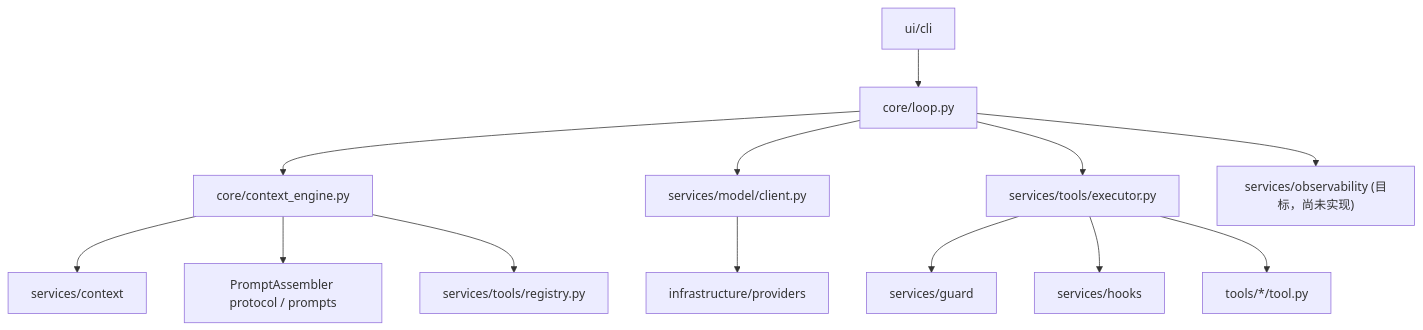
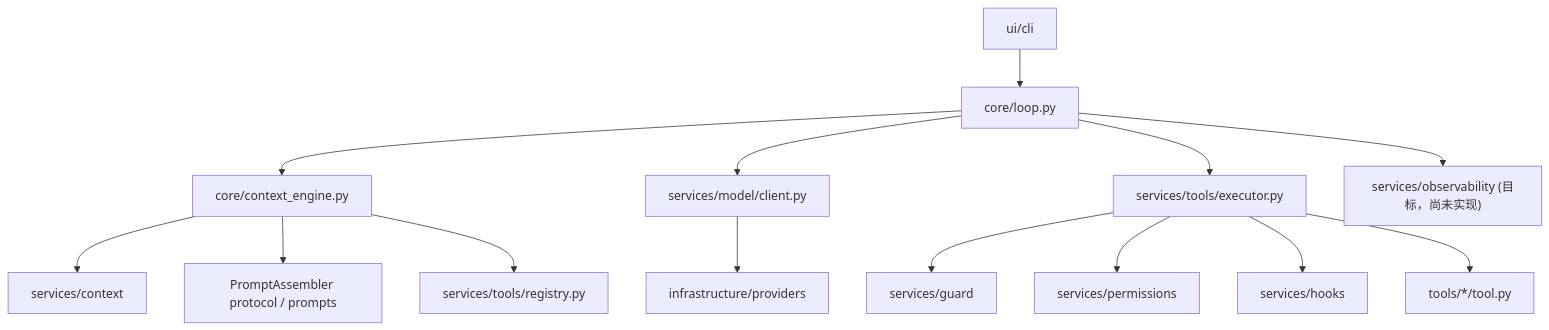
Before and after one commit to EtherealStar/OneCode: the diagram in architecture.md, drawn with Mermaid. The commit also changed other lines of this file and 43 other files, not shown here.

First line of the commit message:
feat(tools): add bash tool and improve permission checks

````diff
--- a/architecture.md
+++ b/architecture.md
@@ -301,15 +328,16 @@
 ```mermaid
 flowchart TD
   UI["ui/cli"] --> Loop["core/loop.py"]
   Loop --> Engine["core/context_engine.py"]
   Engine --> Context["services/context"]
   Engine --> Prompts["PromptAssembler protocol / prompts"]
   Engine --> ToolRegistry["services/tools/registry.py"]
   Loop --> ModelClient["services/model/client.py"]
   ModelClient --> Provider["infrastructure/providers"]
   Loop --> ToolExecutor["services/tools/executor.py"]
   ToolExecutor --> Guard["services/guard"]
+  ToolExecutor --> Permission["services/permissions"]
   ToolExecutor --> Hooks["services/hooks"]
   ToolExecutor --> Tools["tools/*/tool.py"]
   Loop --> Trace["services/observability (目标，尚未实现)"]
 ```
````
